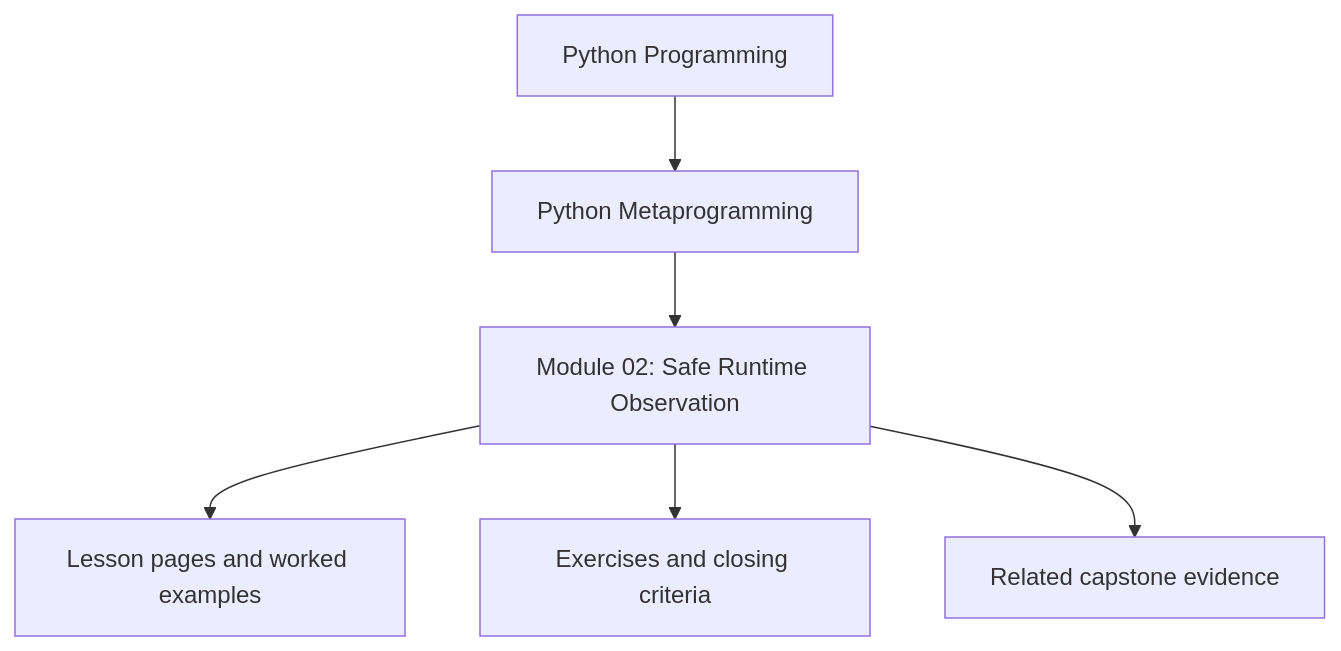
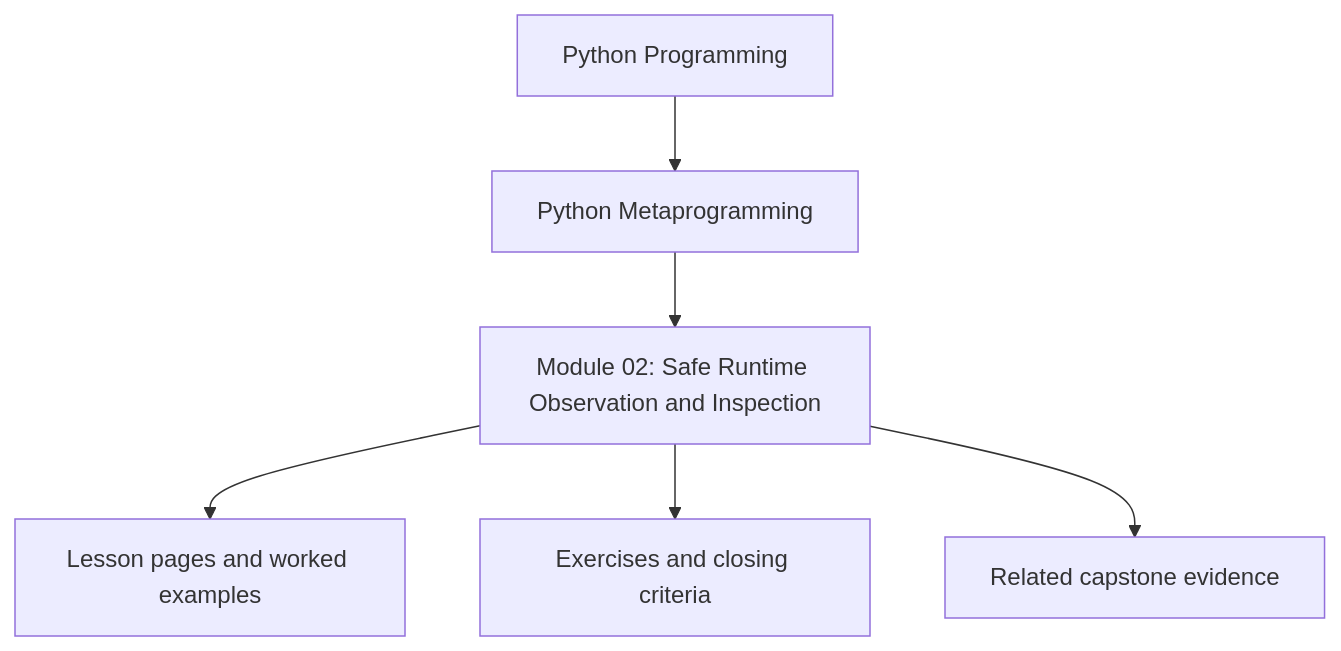
One commit to bijux/bijux-masterclass changed the first of 4 diagrams in programs/python-programming/python-meta-programming/course-book/module-02-safe-runtime-observation/index.md. Above: the diagram before and after it, drawn with Mermaid. The commit also changed other lines of this file and 241 other files, not shown here.

````diff
--- a/programs/python-programming/python-meta-programming/course-book/module-02-safe-runtime-observation/index.md
+++ b/programs/python-programming/python-meta-programming/course-book/module-02-safe-runtime-observation/index.md
@@ -8,8 +8,8 @@
 ```mermaid
 flowchart TD
   family["Python Programming"] --> program["Python Metaprogramming"]
-  program --> module["Module 02: Safe Runtime Observation"]
+  program --> module["Module 02: Safe Runtime Observation and Inspection"]
   module --> lessons["Lesson pages and worked examples"]
   module --> checkpoints["Exercises and closing criteria"]
   module --> capstone["Related capstone evidence"]
 ```
````
